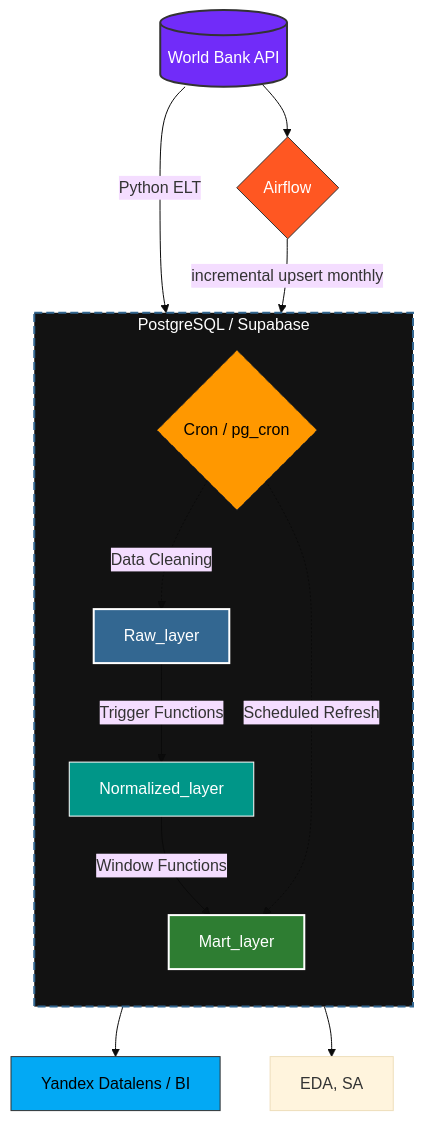
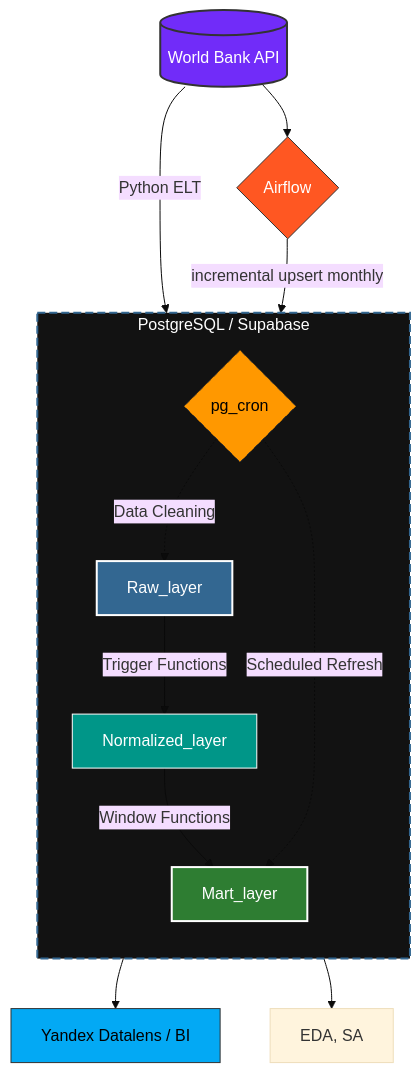
The diagram in README.md (ososovyan/WB_data_collector), drawn with Mermaid (base theme) before and after one commit. The commit also changed other lines of this file, not shown here.

````diff
--- a/README.md
+++ b/README.md
@@ -31,31 +31,31 @@
 ```mermaid
 graph TD
     %% Источник данных
     WB[(World Bank API)] --> |Python ELT| RL[Raw_layer]
 
     %% Внутренняя логика БД
     subgraph PostgreSQL_Database [PostgreSQL / Supabase]
         direction TB
         RL --> |Trigger Functions| NL[Normalized_layer]
         
         NL --> |Window Functions| ML[Mart_layer]
 
-        CRON{Cron / pg_cron} -.-> |Scheduled Refresh| ML
+        CRON{pg_cron} -.-> |Scheduled Refresh| ML
         CRON -.-> |Data Cleaning| RL
     end
 
     %% Выход данных
     ML --> API[Yandex Datalens / BI]
     WB --> A{Airflow}
     A --> |incremental upsert monthly| RL
     NL --> Py[EDA, SA]
     %% Стилизация по смыслу
     style WB fill:#712cf9,color:#fff,stroke:#333,stroke-width:2px
     style RL fill:#336791,color:#fff,stroke:#fff,stroke-width:2px
     style NL fill:#009688,color:#fff,stroke:#fff,stroke-width:1px
     style ML fill:#2e7d32,color:#fff,stroke:#fff,stroke-width:2px
     style A fill:#ff5722,color:#fff,stroke:#333
     style CRON fill:#ff9800,color:#000,stroke:#333,stroke-dasharray: 5 5
     style API fill:#03a9f4,color:#000,stroke:#333
     style PostgreSQL_Database fill:#121212,color:#ffffff,stroke:#336791,stroke-width:2px,stroke-dasharray: 8 4
 ```
````
